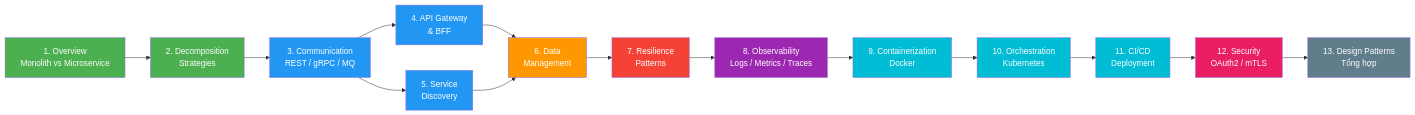
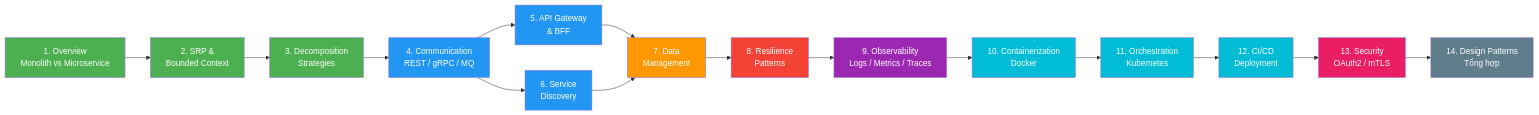
One commit to vanhiep99w/microservice-learn changed the diagram in README.md. Above: the diagram before and after it, drawn with Mermaid. The commit also changed other lines of this file and 3 other files, not shown here.

First line of the commit message:
docs: add SRP & Bounded Context doc, expand SOA section in overview

````diff
--- a/README.md
+++ b/README.md
@@ -40,30 +40,32 @@
 ```mermaid
 graph LR
-    A[1. Overview<br/>Monolith vs Microservice] --> B[2. Decomposition<br/>Strategies]
-    B --> C[3. Communication<br/>REST / gRPC / MQ]
-    C --> D[4. API Gateway<br/>& BFF]
-    C --> E[5. Service<br/>Discovery]
-    D --> F[6. Data<br/>Management]
+    A[1. Overview<br/>Monolith vs Microservice] --> A2[2. SRP &<br/>Bounded Context]
+    A2 --> B[3. Decomposition<br/>Strategies]
+    B --> C[4. Communication<br/>REST / gRPC / MQ]
+    C --> D[5. API Gateway<br/>& BFF]
+    C --> E[6. Service<br/>Discovery]
+    D --> F[7. Data<br/>Management]
     E --> F
-    F --> G[7. Resilience<br/>Patterns]
-    G --> H[8. Observability<br/>Logs / Metrics / Traces]
-    H --> I[9. Containerization<br/>Docker]
-    I --> J[10. Orchestration<br/>Kubernetes]
-    J --> K[11. CI/CD<br/>Deployment]
-    K --> L[12. Security<br/>OAuth2 / mTLS]
-    L --> M[13. Design Patterns<br/>Tổng hợp]
+    F --> G[8. Resilience<br/>Patterns]
+    G --> H[9. Observability<br/>Logs / Metrics / Traces]
+    H --> I[10. Containerization<br/>Docker]
+    I --> J[11. Orchestration<br/>Kubernetes]
+    J --> K[12. CI/CD<br/>Deployment]
+    K --> L[13. Security<br/>OAuth2 / mTLS]
+    L --> M[14. Design Patterns<br/>Tổng hợp]
 
     style A fill:#4CAF50,color:#fff
+    style A2 fill:#4CAF50,color:#fff
     style B fill:#4CAF50,color:#fff
     style C fill:#2196F3,color:#fff
     style D fill:#2196F3,color:#fff
     style E fill:#2196F3,color:#fff
     style F fill:#FF9800,color:#fff
     style G fill:#f44336,color:#fff
     style H fill:#9C27B0,color:#fff
     style I fill:#00BCD4,color:#fff
     style J fill:#00BCD4,color:#fff
     style K fill:#00BCD4,color:#fff
     style L fill:#E91E63,color:#fff
     style M fill:#607D8B,color:#fff
 ```
````
